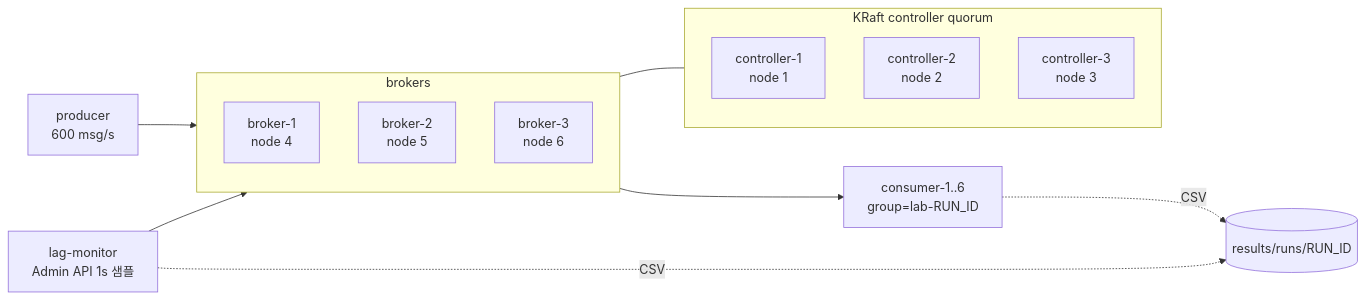
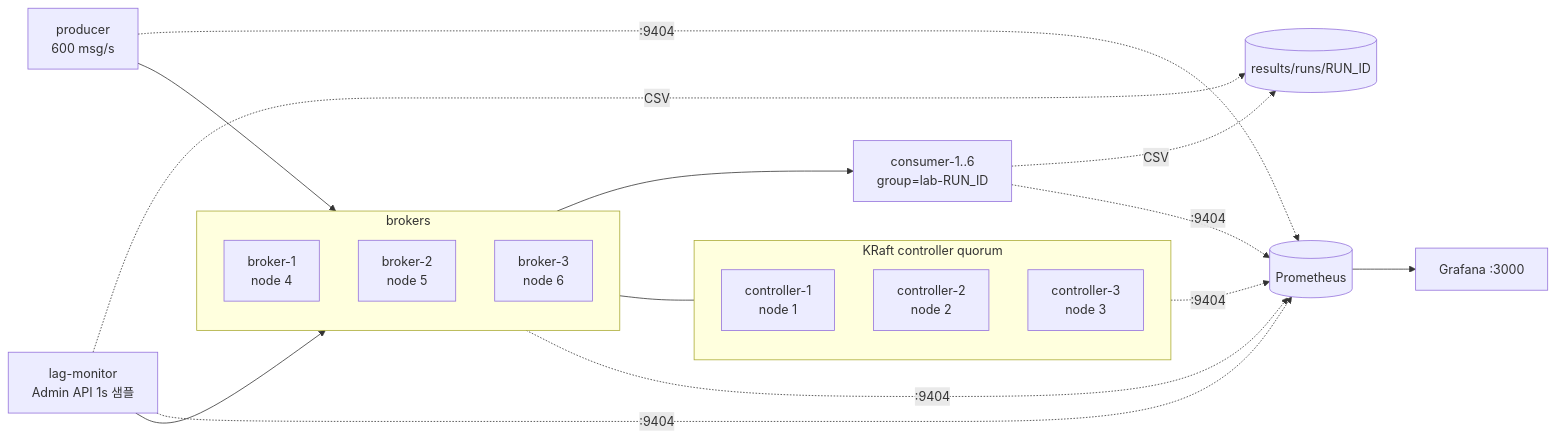
Before and after one commit to gitFILO/kafka-rebalance-lab: the diagram in docs/01-environment.md, drawn with Mermaid. The commit also changed other lines of this file and 69 other files, not shown here.

Commit message:
Prometheus·Grafana 모니터링, 단일 장애 훈련 11종, 블라인드 카오스 훈련 추가

````diff
--- a/docs/01-environment.md
+++ b/docs/01-environment.md
@@ -20,19 +21,21 @@
 ```mermaid
 flowchart LR
   subgraph quorum[KRaft controller quorum]
     c1[controller-1<br/>node 1]
     c2[controller-2<br/>node 2]
     c3[controller-3<br/>node 3]
   end
   subgraph brokers[brokers]
     b1[broker-1<br/>node 4]
     b2[broker-2<br/>node 5]
     b3[broker-3<br/>node 6]
   end
   p[producer<br/>600 msg/s] --> brokers
   brokers --> g[consumer-1..6<br/>group=lab-RUN_ID]
   m[lag-monitor<br/>Admin API 1s 샘플] --> brokers
   brokers --- quorum
   g -. CSV .-> r[(results/runs/RUN_ID)]
   m -. CSV .-> r
+  quorum & brokers & g & p & m -. ":9404" .-> prom[(Prometheus)]
+  prom --> gf[Grafana :3000]
 ```
````
